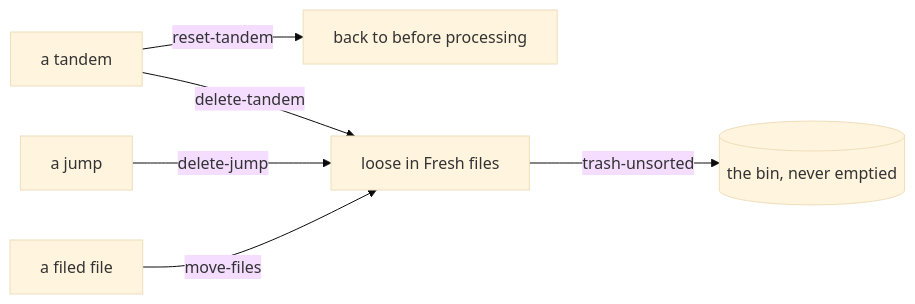
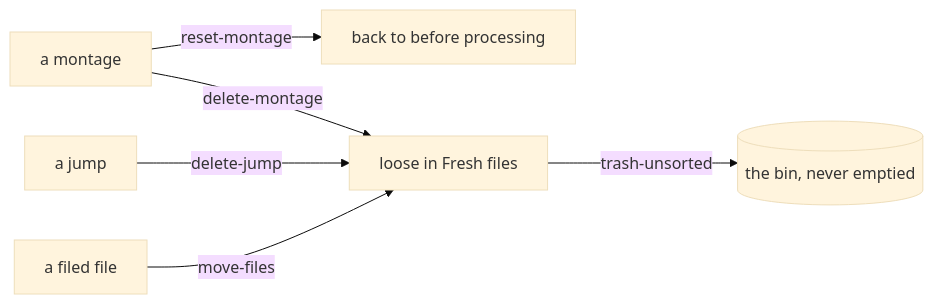
Before and after one commit to didiercapozzi/skydock: the fourth of 4 diagrams in docs/the-board-from-the-inside.md, drawn with Mermaid (base theme). The commit also changed other lines of this file and 40 other files, not shown here.

````diff
--- a/docs/the-board-from-the-inside.md
+++ b/docs/the-board-from-the-inside.md
@@ -64,8 +64,8 @@
 ```mermaid
 flowchart LR
-  pax[a tandem] -->|reset-tandem| before[back to before processing]
-  pax -->|delete-tandem| loose[loose in Fresh files]
+  pax[a montage] -->|reset-montage| before[back to before processing]
+  pax -->|delete-montage| loose[loose in Fresh files]
   jump[a jump] -->|delete-jump| loose
   filed[a filed file] -->|move-files| loose
   loose -->|trash-unsorted| bin[("the bin, never emptied")]
 ```
````
